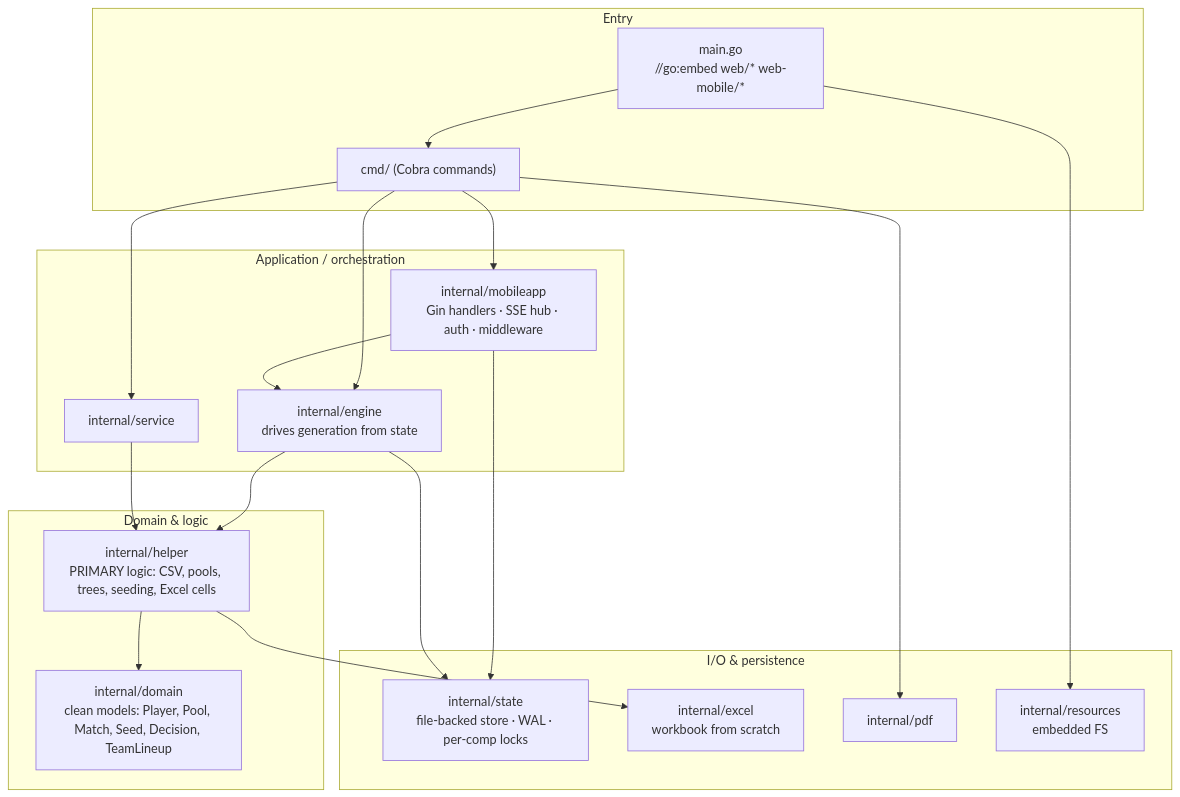
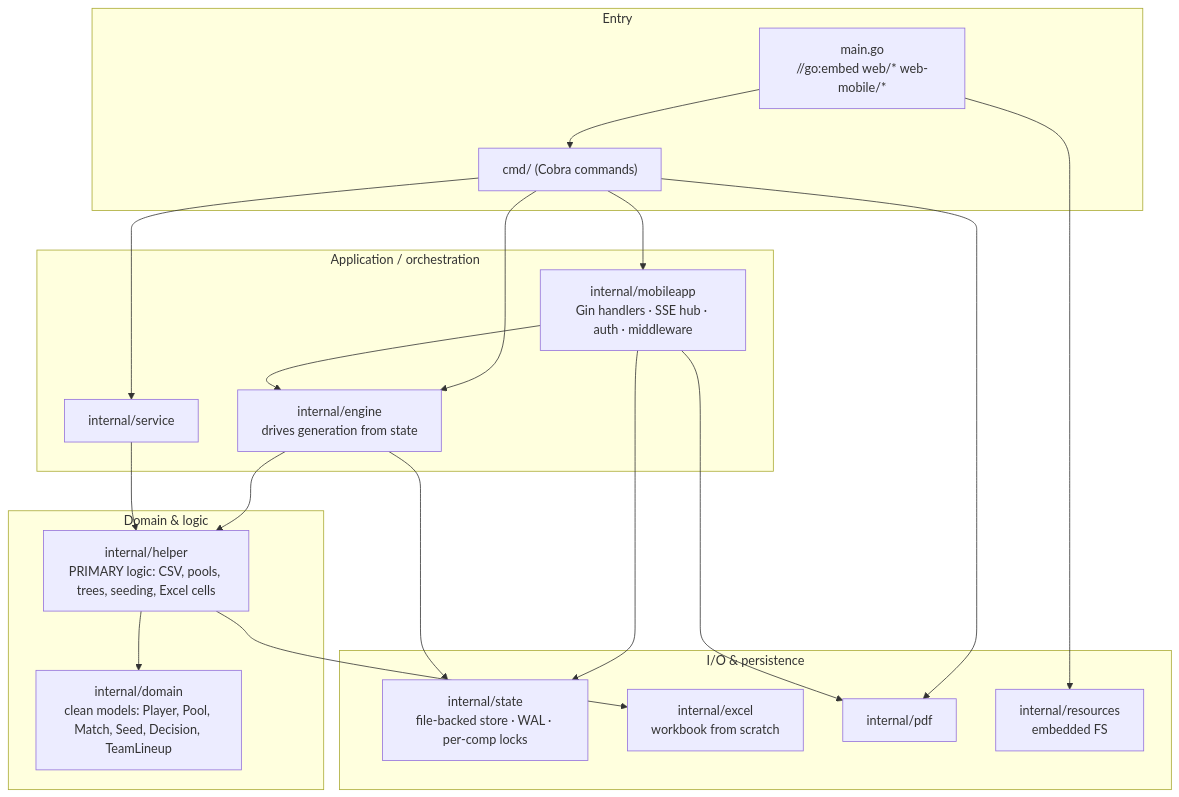
Before and after one commit to gitrgoliveira/bracket-creator: the third of 7 diagrams in docs/architecture/software-architecture.md, drawn with Mermaid. The commit also changed other lines of this file and 29 other files, not shown here.

````diff
--- a/docs/architecture/software-architecture.md
+++ b/docs/architecture/software-architecture.md
@@ -59,32 +59,33 @@
 ```mermaid
 flowchart TD
     subgraph entry["Entry"]
         main["main.go<br/>//go:embed web/* web-mobile/*"]
         cmd["cmd/ (Cobra commands)"]
     end
     subgraph app["Application / orchestration"]
         mobileapp["internal/mobileapp<br/>Gin handlers · SSE hub · auth · middleware"]
         engine["internal/engine<br/>drives generation from state"]
         service["internal/service"]
     end
     subgraph domainlayer["Domain & logic"]
         helper["internal/helper<br/>PRIMARY logic: CSV, pools, trees, seeding, Excel cells"]
         domain["internal/domain<br/>clean models: Player, Pool, Match, Seed, Decision, TeamLineup"]
     end
     subgraph io["I/O & persistence"]
         state["internal/state<br/>file-backed store · WAL · per-comp locks"]
         excel["internal/excel<br/>workbook from scratch"]
         pdf["internal/pdf"]
         resources["internal/resources<br/>embedded FS"]
     end
 
     main --> cmd --> mobileapp & engine & service
     main --> resources
     mobileapp --> engine --> helper
     mobileapp --> state
     engine --> state
     service --> helper
     helper --> domain
     helper --> excel
     cmd --> pdf
+    mobileapp --> pdf
 ```
````
